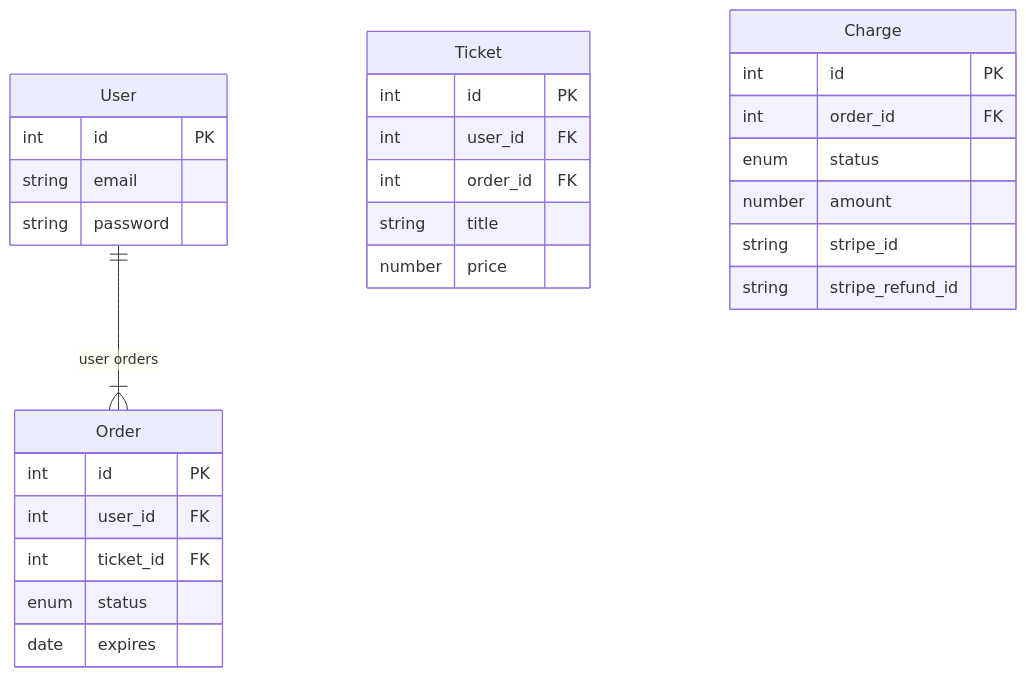
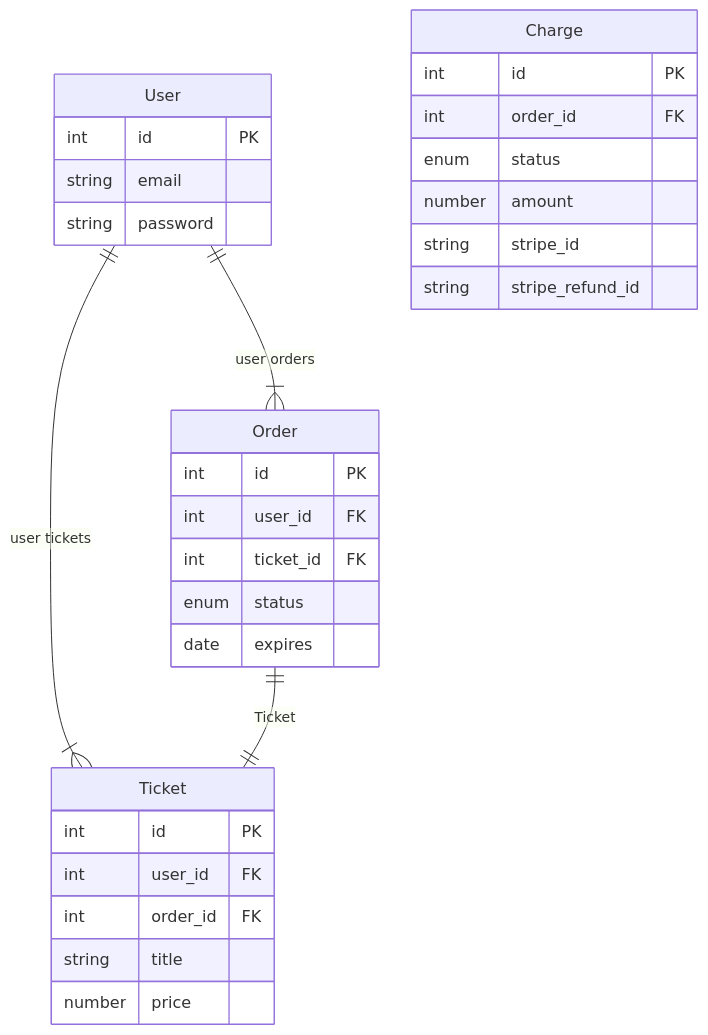
The diagram in ticketing/README.md (albin-joseph/nodejs-micro-service), drawn with Mermaid before and after one commit.

Commit message:
add ticketing app erdiagram

````diff
--- a/ticketing/README.md
+++ b/ticketing/README.md
@@ -24,35 +24,37 @@
 ``` mermaid
         erDiagram
             User ||--|{ Order : "user orders"
+            User ||--|{ Ticket : "user tickets"
             User {
                 int id PK
                 string email
                 string password
             }
 
+            Order ||--||Ticket : "Ticket"
             Order {
                 int id PK
                 int user_id FK
                 int ticket_id FK
                 enum status
                 date expires
             }
 
             Ticket {
                 int id PK
                 int user_id FK
                 int order_id FK
                 string title
                 number price
             }
 
              Charge {
                 int id PK
                 int order_id FK
                 enum status
                 number amount
                 string stripe_id
                 string stripe_refund_id
             }
 
 ```
````
